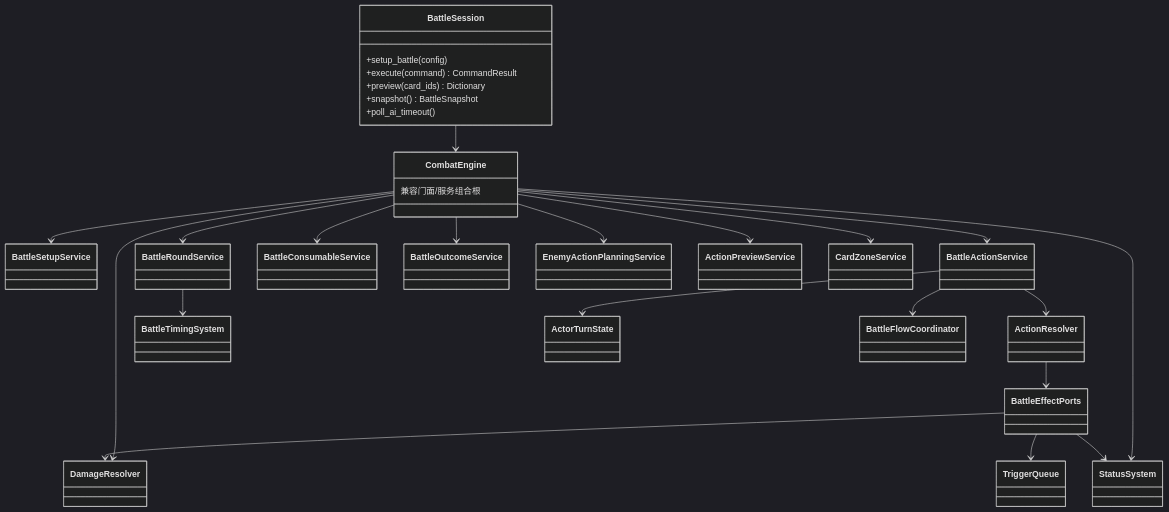
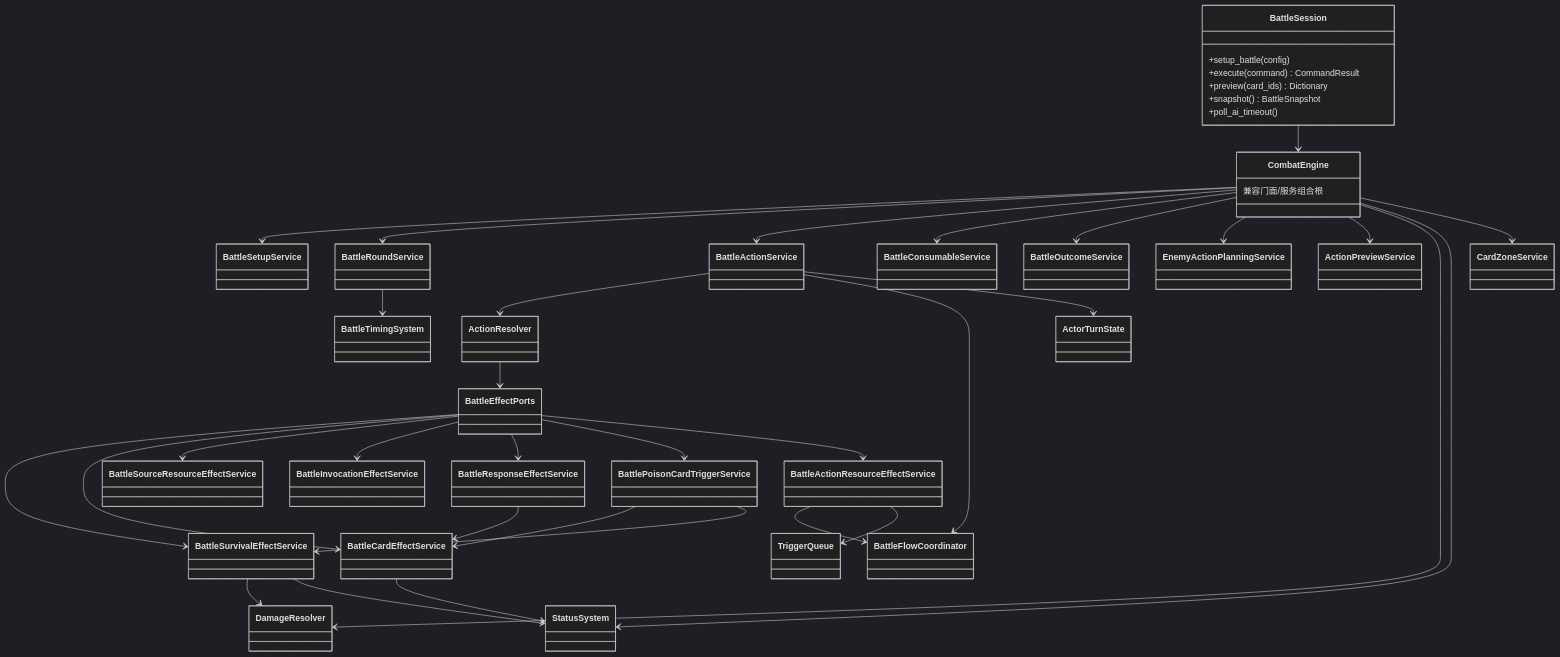
Before and after one commit to duguyumei/games: the fourth of 16 diagrams in combo_duel_vslice/docs/architecture-diagrams.md, drawn with Mermaid (dark theme). The commit also changed 10 other files, not shown here.

````diff
--- a/combo_duel_vslice/docs/architecture-diagrams.md
+++ b/combo_duel_vslice/docs/architecture-diagrams.md
@@ -183,49 +183,68 @@
 ```mermaid
 classDiagram
     class BattleSession {
         +setup_battle(config)
         +execute(command) CommandResult
         +preview(card_ids) Dictionary
         +snapshot() BattleSnapshot
         +poll_ai_timeout()
     }
     class CombatEngine {
         兼容门面/服务组合根
     }
     class BattleSetupService
     class BattleRoundService
     class BattleActionService
     class BattleConsumableService
     class BattleOutcomeService
     class EnemyActionPlanningService
     class ActionPreviewService
     class DamageResolver
     class StatusSystem
     class CardZoneService
     class BattleEffectPorts
+    class BattleSurvivalEffectService
+    class BattleCardEffectService
+    class BattleSourceResourceEffectService
+    class BattleInvocationEffectService
+    class BattleResponseEffectService
+    class BattlePoisonCardTriggerService
+    class BattleActionResourceEffectService
     class ActionResolver
     class TriggerQueue
     class BattleTimingSystem
     class ActorTurnState
     class BattleFlowCoordinator
 
     BattleSession --> CombatEngine
     CombatEngine --> BattleSetupService
     CombatEngine --> BattleRoundService
     CombatEngine --> BattleActionService
     CombatEngine --> BattleConsumableService
     CombatEngine --> BattleOutcomeService
     CombatEngine --> EnemyActionPlanningService
     CombatEngine --> ActionPreviewService
     CombatEngine --> DamageResolver
     CombatEngine --> StatusSystem
     CombatEngine --> CardZoneService
     BattleActionService --> ActionResolver
     BattleActionService --> BattleFlowCoordinator
     ActionResolver --> BattleEffectPorts
-    BattleEffectPorts --> DamageResolver
-    BattleEffectPorts --> StatusSystem
-    BattleEffectPorts --> TriggerQueue
+    BattleEffectPorts --> BattleSurvivalEffectService
+    BattleEffectPorts --> BattleCardEffectService
+    BattleEffectPorts --> BattleSourceResourceEffectService
+    BattleEffectPorts --> BattleInvocationEffectService
+    BattleEffectPorts --> BattleResponseEffectService
+    BattleEffectPorts --> BattlePoisonCardTriggerService
+    BattleEffectPorts --> BattleActionResourceEffectService
+    BattleSurvivalEffectService --> DamageResolver
+    BattleSurvivalEffectService --> StatusSystem
+    BattleCardEffectService --> StatusSystem
+    BattleResponseEffectService --> BattleCardEffectService
+    BattlePoisonCardTriggerService --> BattleCardEffectService
+    BattlePoisonCardTriggerService --> BattleSurvivalEffectService
+    BattleActionResourceEffectService --> BattleFlowCoordinator
+    BattleActionResourceEffectService --> TriggerQueue
     BattleRoundService --> BattleTimingSystem
     BattleActionService --> ActorTurnState
 ```
````
